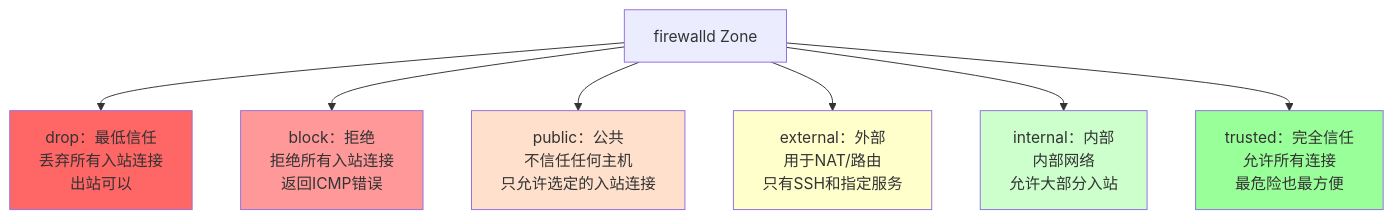
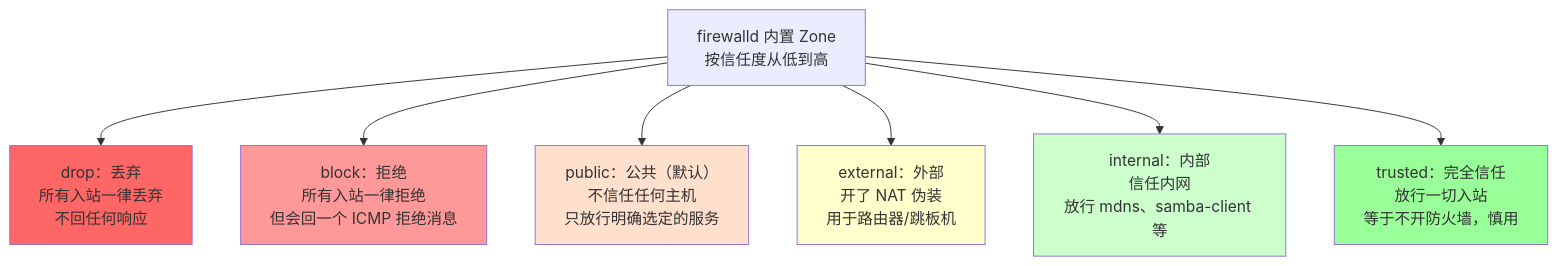
One commit to before80/prgms changed the second of 2 diagrams in content/linux/firewall_safe/Chapter-36-firewalld.md. Above: the diagram before and after it, drawn with Mermaid. The commit also changed other lines of this file and 1645 other files, not shown here.

````diff
--- a/content/linux/firewall_safe/Chapter-36-firewalld.md
+++ b/content/linux/firewall_safe/Chapter-36-firewalld.md
@@ -48,23 +63,22 @@
 ```mermaid
 graph TB
-    A["firewalld Zone"] --> B["drop"]
+    A["firewalld 内置 Zone<br>按信任度从低到高"] --> B["drop：丢弃<br>所有入站一律丢弃<br>不回任何响应"]
     A --> C["block"]
     A --> D["public"]
     A --> E["external"]
     A --> F["internal"]
     A --> G["trusted"]
-    
-    B["drop：最低信任<br/>丢弃所有入站连接<br/>出站可以"]
-    C["block：拒绝<br/>拒绝所有入站连接<br/>返回ICMP错误"]
-    D["public：公共<br/>不信任任何主机<br/>只允许选定的入站连接"]
-    E["external：外部<br/>用于NAT/路由<br/>只有SSH和指定服务"]
-    F["internal：内部<br/>内部网络<br/>允许大部分入站"]
-    G["trusted：完全信任<br/>允许所有连接<br/>最危险也最方便"]
-    
+
+    C["block：拒绝<br>所有入站一律拒绝<br>但会回一个 ICMP 拒绝消息"]
+    D["public：公共（默认）<br>不信任任何主机<br>只放行明确选定的服务"]
+    E["external：外部<br>开了 NAT 伪装<br>用于路由器/跳板机"]
+    F["internal：内部<br>信任内网<br>放行 mdns、samba-client 等"]
+    G["trusted：完全信任<br>放行一切入站<br>等于不开防火墙，慎用"]
+
     style B fill:#ff6666
     style C fill:#ff9999
     style D fill:#ffe0cc
     style E fill:#ffffcc
     style F fill:#ccffcc
     style G fill:#99ff99
 ```
````
